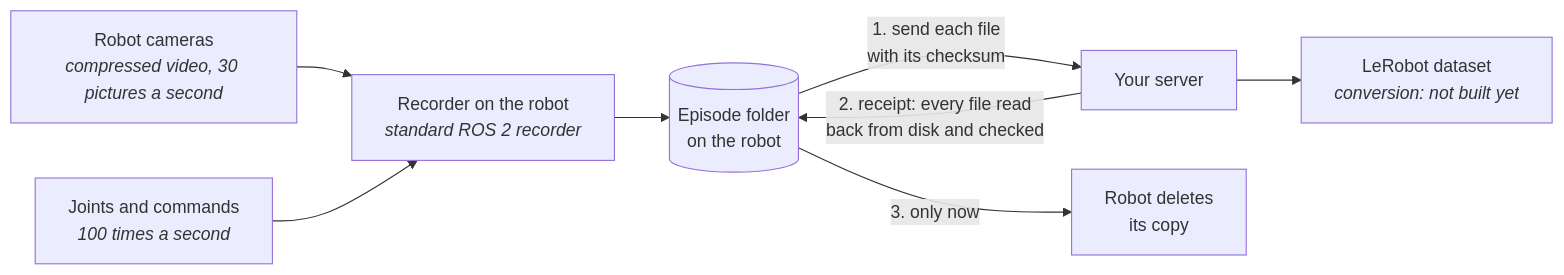
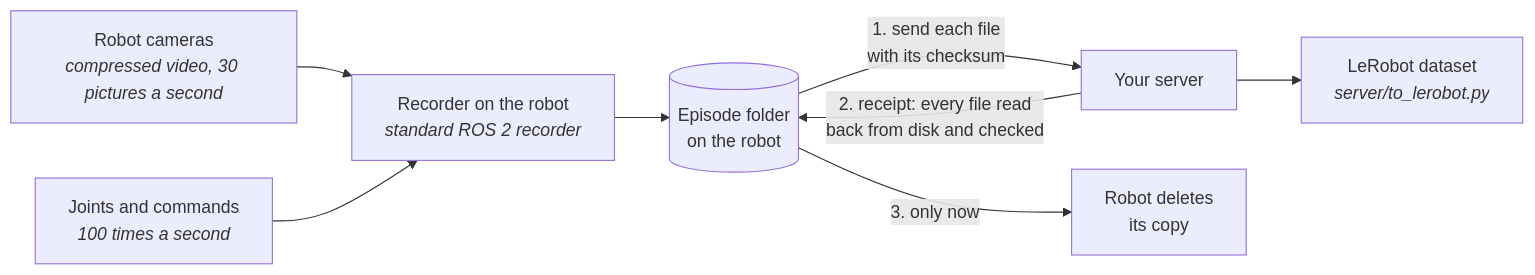
One commit to shawn-wandelbots/nova_teleop_bridge changed the fifth of 5 diagrams in README.md. Above: the diagram before and after it, drawn with Mermaid. The commit also changed other lines of this file and 10 other files, not shown here.

First line of the commit message:
Add LeRobot conversion, delete-episode and pedal hotkeys

````diff
--- a/README.md
+++ b/README.md
@@ -179,10 +196,10 @@
 ```mermaid
 flowchart LR
     Cam["Robot cameras<br/><i>compressed video, 30 pictures a second</i>"] --> R
     J["Joints and commands<br/><i>100 times a second</i>"] --> R
     R["Recorder on the robot<br/><i>standard ROS 2 recorder</i>"] --> S[("Episode folder<br/>on the robot")]
     S -- "1. send each file<br/>with its checksum" --> Srv["Your server"]
     Srv -- "2. receipt: every file read<br/>back from disk and checked" --> S
     S -- "3. only now" --> Del["Robot deletes<br/>its copy"]
-    Srv --> D["LeRobot dataset<br/><i>conversion: not built yet</i>"]
+    Srv --> D["LeRobot dataset<br/><i>server/to_lerobot.py</i>"]
 ```
````
